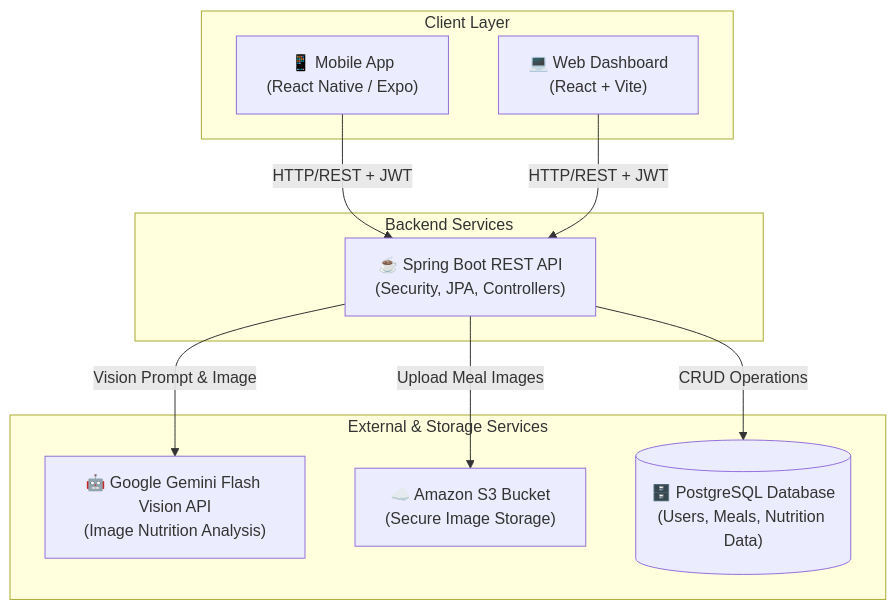
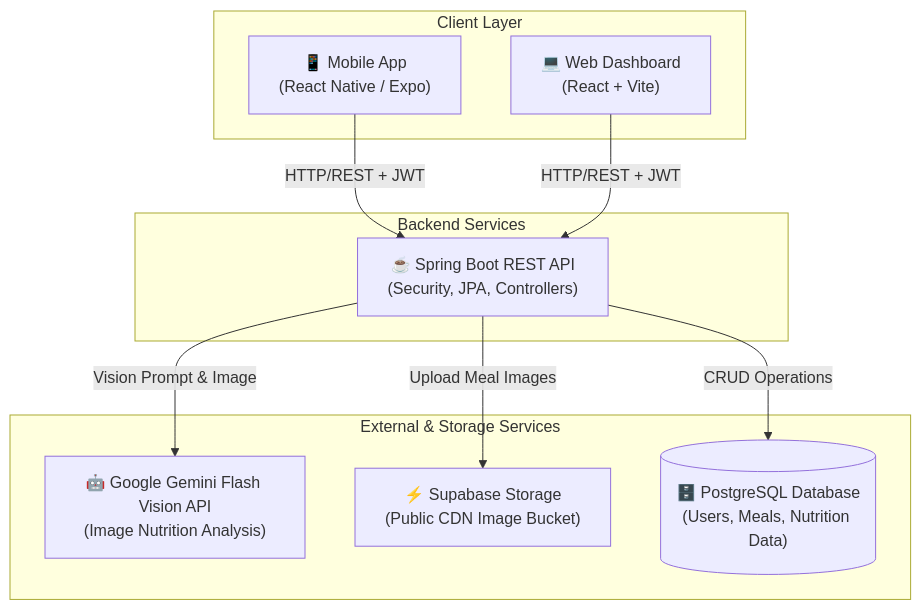
One commit to AnBinh05/AI-Calorie-Meal-Tracker changed the second of 3 diagrams in README.md. Above: the diagram before and after it, drawn with Mermaid. The commit also changed other lines of this file and 12 other files, not shown here.

Commit message:
feat(storage): migrate image storage from AWS S3 to Supabase Storage with local fallback and security hardening

````diff
--- a/README.md
+++ b/README.md
@@ -80,24 +80,24 @@
 ```mermaid
 graph TD
     subgraph Client Layer
         Mobile["📱 Mobile App<br/>(React Native / Expo)"]
         Web["💻 Web Dashboard<br/>(React + Vite)"]
     end
 
     subgraph Backend Services
         API["☕ Spring Boot REST API<br/>(Security, JPA, Controllers)"]
     end
 
     subgraph External & Storage Services
         Gemini["🤖 Google Gemini Flash Vision API<br/>(Image Nutrition Analysis)"]
-        S3["☁️ Amazon S3 Bucket<br/>(Secure Image Storage)"]
+        Supabase["⚡ Supabase Storage<br/>(Public CDN Image Bucket)"]
         DB[("🗄️ PostgreSQL Database<br/>(Users, Meals, Nutrition Data)")]
     end
 
     Mobile -->|"HTTP/REST + JWT"| API
     Web -->|"HTTP/REST + JWT"| API
 
-    API -->|"Upload Meal Images"| S3
+    API -->|"Upload Meal Images"| Supabase
     API -->|"Vision Prompt & Image"| Gemini
     API -->|"CRUD Operations"| DB
 ```
````
